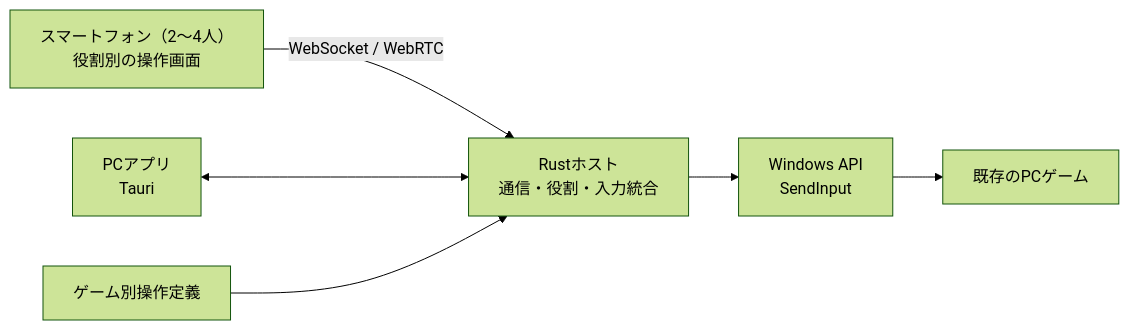
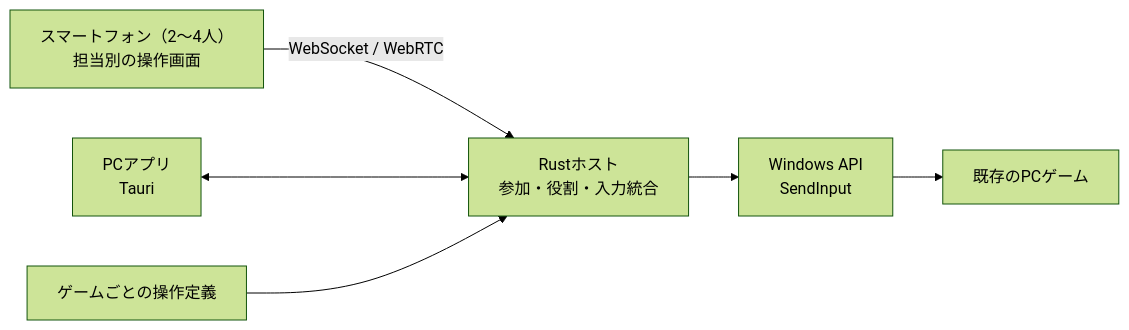
The diagram in README.md (jphacks/kz_2613), drawn with Mermaid (forest theme) before and after one commit. The commit also changed other lines of this file, not shown here.

````diff
--- a/README.md
+++ b/README.md
@@ -236,8 +261,8 @@
 ```mermaid
 flowchart LR
-    P["スマートフォン（2〜4人）<br/>役割別の操作画面"] -->|"WebSocket / WebRTC"| H["Rustホスト<br/>通信・役割・入力統合"]
+    P["スマートフォン（2〜4人）<br/>担当別の操作画面"] -->|"WebSocket / WebRTC"| H["Rustホスト<br/>参加・役割・入力統合"]
     D["PCアプリ<br/>Tauri"] <--> H
-    C["ゲーム別操作定義"] --> H
+    C["ゲームごとの操作定義"] --> H
     H --> I["Windows API<br/>SendInput"]
     I --> G["既存のPCゲーム"]
 ```
````
